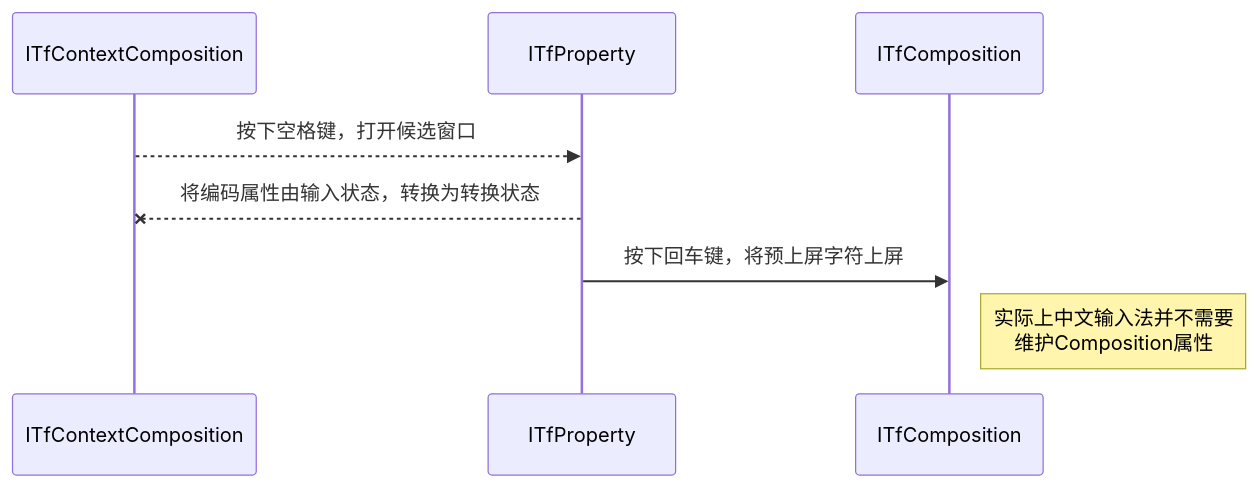
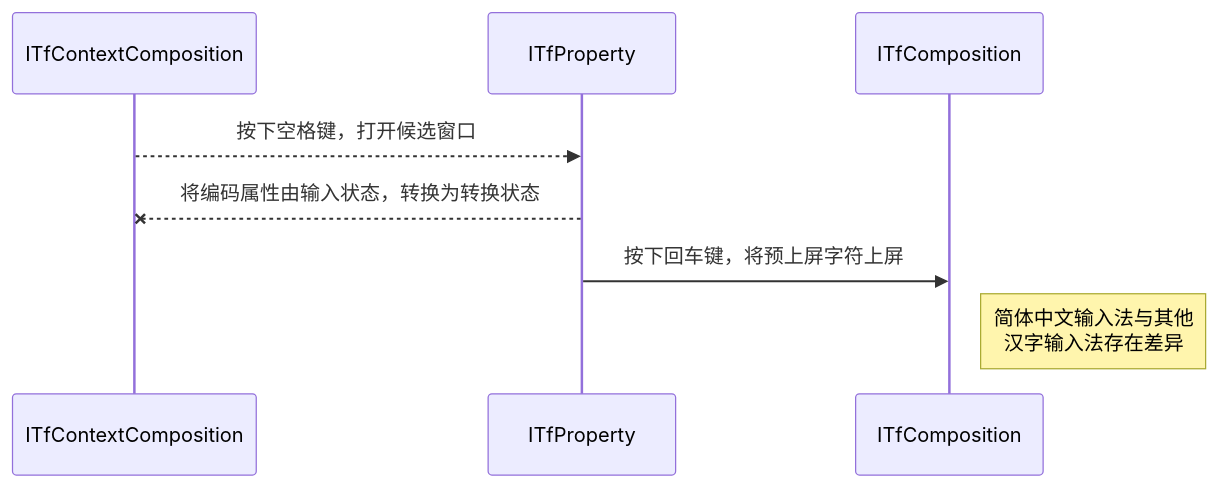
Before and after one commit to ChineseInputMethod/mumble: the second of 3 diagrams in 2023/5/1.md, drawn with Mermaid.

Commit message:
意识到简体中文输入法与其他汉字输入法存在差异

````diff
--- a/2023/5/1.md
+++ b/2023/5/1.md
@@ -109,7 +109,7 @@
 ```mermaid
 sequenceDiagram
 ITfContextComposition -->> ITfProperty: 按下空格键，打开候选窗口
 ITfProperty--x ITfContextComposition: 将编码属性由输入状态，转换为转换状态
 ITfProperty->>ITfComposition: 按下回车键，将预上屏字符上屏
-Note right of ITfComposition: 实际上中文输入法并不需要<br/>维护Composition属性
+Note right of ITfComposition: 简体中文输入法与其他<br/>汉字输入法存在差异
 ```
````
